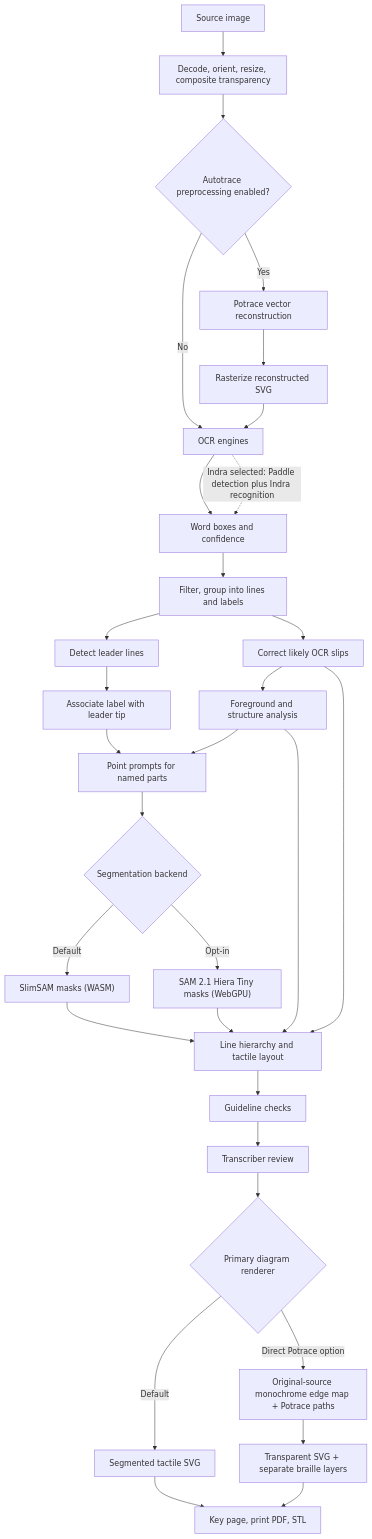
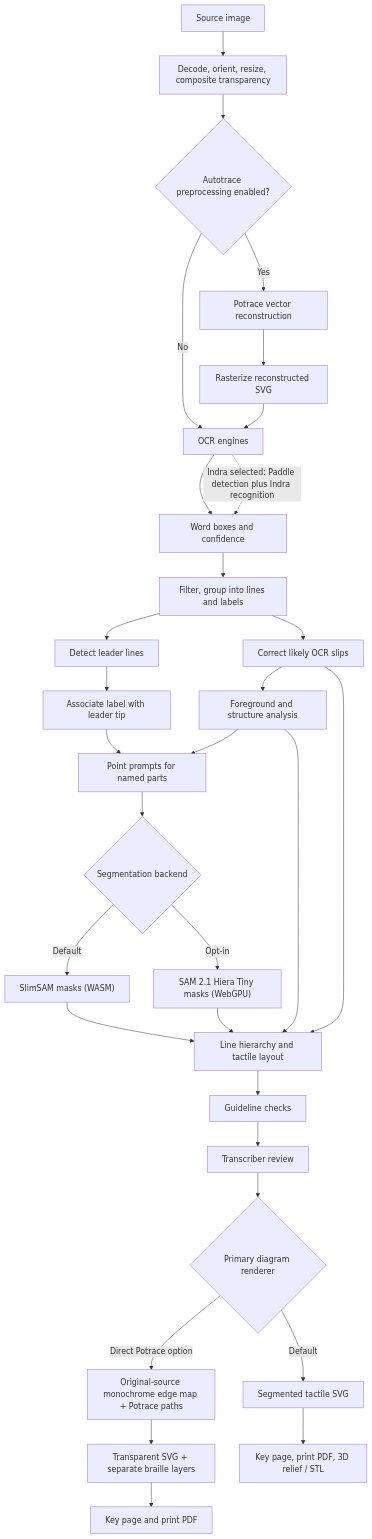
Before and after one commit to mrhunsaker/TactiDiagram: the diagram in docs/architecture.md, drawn with Mermaid.

Commit message:
docs: clarify mode-specific export capabilities

````diff
--- a/docs/architecture.md
+++ b/docs/architecture.md
@@ -26,33 +26,33 @@
 ```mermaid
 flowchart TD
   A["Source image"] --> B["Decode, orient, resize, composite transparency"]
   B --> P{"Autotrace preprocessing enabled?"}
   P -->|No| C["OCR engines"]
   P -->|Yes| P1["Potrace vector reconstruction"]
   P1 --> P2["Rasterize reconstructed SVG"]
   P2 --> C
   C --> D["Word boxes and confidence"]
   C -.->|Indra selected: Paddle detection plus Indra recognition| D
   D --> E["Filter, group into lines and labels"]
   E --> F["Correct likely OCR slips"]
   E --> G["Detect leader lines"]
   G --> H["Associate label with leader tip"]
   F --> I["Foreground and structure analysis"]
   H --> J["Point prompts for named parts"]
   I --> J
   J --> K{"Segmentation backend"}
   K -->|Default| S["SlimSAM masks (WASM)"]
   K -->|Opt-in| S2["SAM 2.1 Hiera Tiny masks (WebGPU)"]
   S --> L["Line hierarchy and tactile layout"]
   S2 --> L
   I --> L
   F --> L
   L --> M["Guideline checks"]
   M --> N["Transcriber review"]
   N --> O{"Primary diagram renderer"}
   O -->|Default| O1["Segmented tactile SVG"]
   O -->|Direct Potrace option| O2["Original-source monochrome edge map + Potrace paths"]
   O2 --> O3["Transparent SVG + separate braille layers"]
-  O1 --> O4["Key page, print PDF, STL"]
-  O3 --> O4
+  O1 --> O4["Key page, print PDF, 3D relief / STL"]
+  O3 --> O5["Key page and print PDF"]
 ```
````
